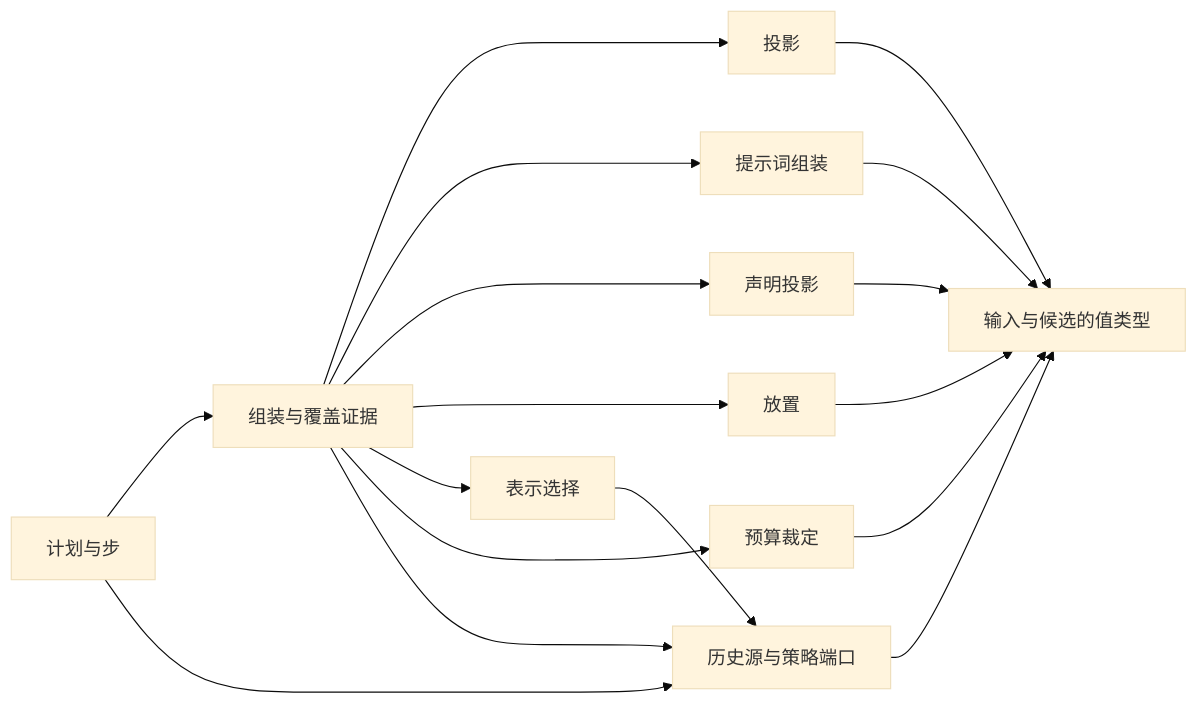
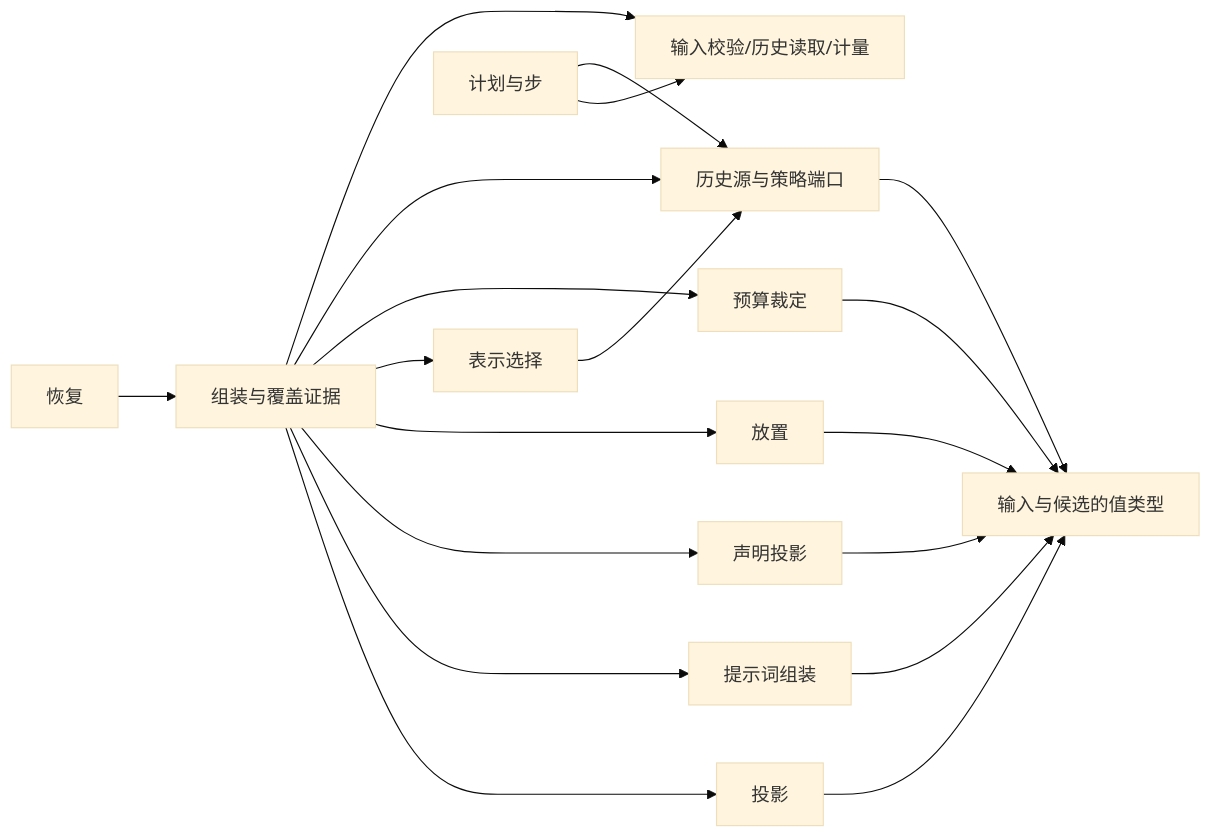
Before and after one commit to nemori-ai/omne-harness-lite: the diagram in packages/context/request-context-contract/docs/architecture.md, drawn with Mermaid (base theme). The commit also changed other lines of this file and 27 other files, not shown here.

````diff
--- a/packages/context/request-context-contract/docs/architecture.md
+++ b/packages/context/request-context-contract/docs/architecture.md
@@ -26,20 +26,22 @@
 ```mermaid
 flowchart LR
   Val[输入与候选的值类型]
   Port[历史源与策略端口] --> Val
   Proj[投影] --> Val
   Prompt[提示词组装] --> Val
   Decl[声明投影] --> Val
   Place[放置] --> Val
   Rep[表示选择] --> Port
   Budget[预算裁定] --> Val
   Asm[组装与覆盖证据] --> Proj
   Asm --> Prompt
   Asm --> Decl
   Asm --> Place
   Asm --> Rep
   Asm --> Budget
   Asm --> Port
-  Plan[计划与步] --> Asm
+  Plan[计划与步] --> Shared[输入校验/历史读取/计量]
+  Asm --> Shared
   Plan --> Port
+  Resume[恢复] --> Asm
 ```
````
